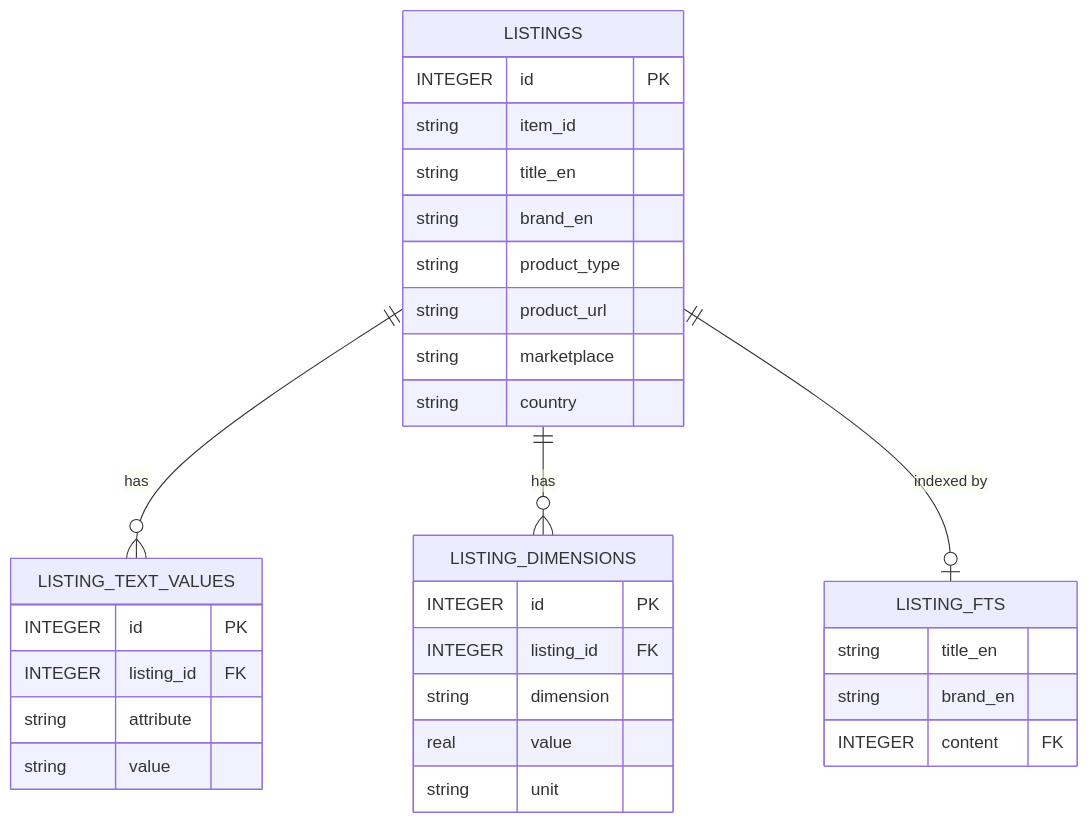
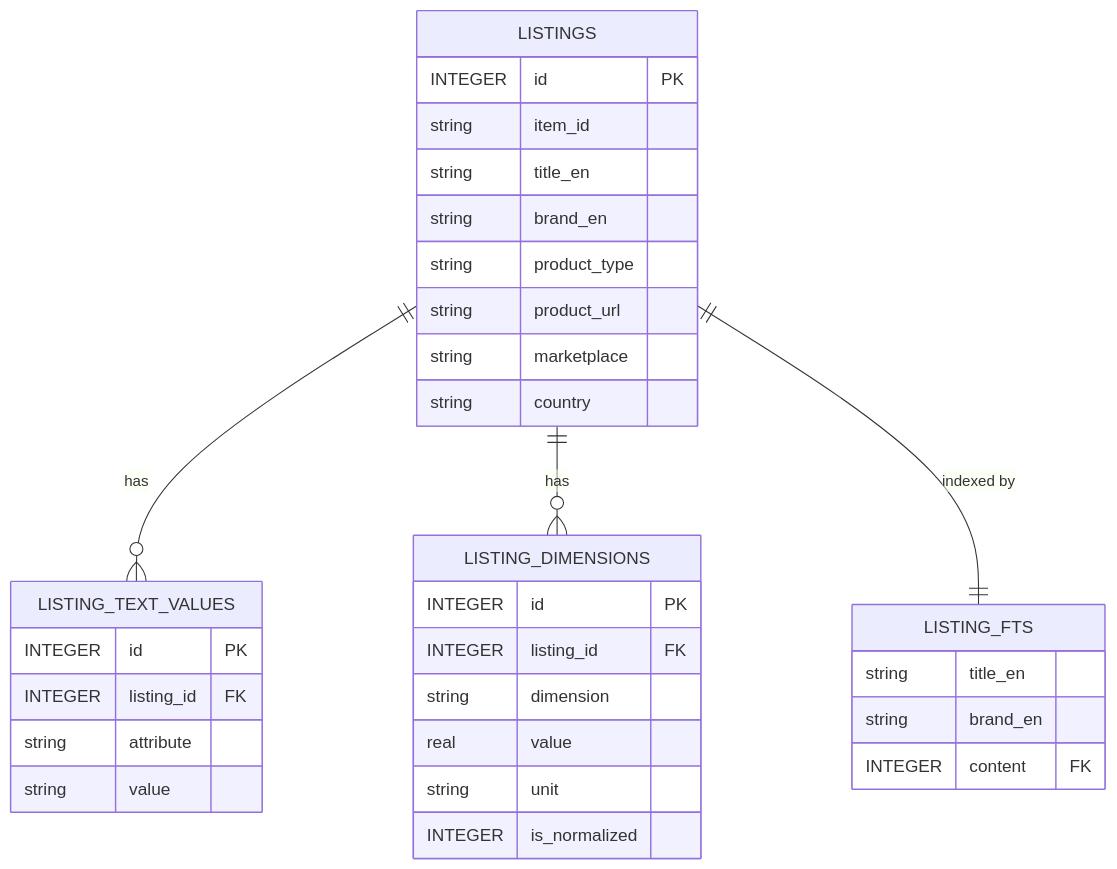
One commit to rajasingh012/retail-concierge changed the third of 5 diagrams in architecture.md. Above: the diagram before and after it, drawn with Mermaid. The commit also changed other lines of this file and 13 other files, not shown here.

````diff
--- a/architecture.md
+++ b/architecture.md
@@ -119,35 +123,36 @@
 ```mermaid
 erDiagram
   LISTINGS ||--o{ LISTING_TEXT_VALUES : "has"
   LISTINGS ||--o{ LISTING_DIMENSIONS : "has"
-  LISTINGS ||--o| LISTING_FTS : "indexed by"
+  LISTINGS ||--|| LISTING_FTS : "indexed by"
 
   LISTINGS {
     INTEGER id PK
     string  item_id
     string  title_en
     string  brand_en
     string  product_type
     string  product_url
     string  marketplace
     string  country
   }
   LISTING_TEXT_VALUES {
     INTEGER id PK
     INTEGER listing_id FK
     string  attribute
     string  value
   }
   LISTING_DIMENSIONS {
     INTEGER id PK
     INTEGER listing_id FK
     string  dimension
     real    value
     string  unit
+    INTEGER is_normalized
   }
   LISTING_FTS {
     string    title_en
     string    brand_en
     INTEGER   content FK
   }
 ```
````
